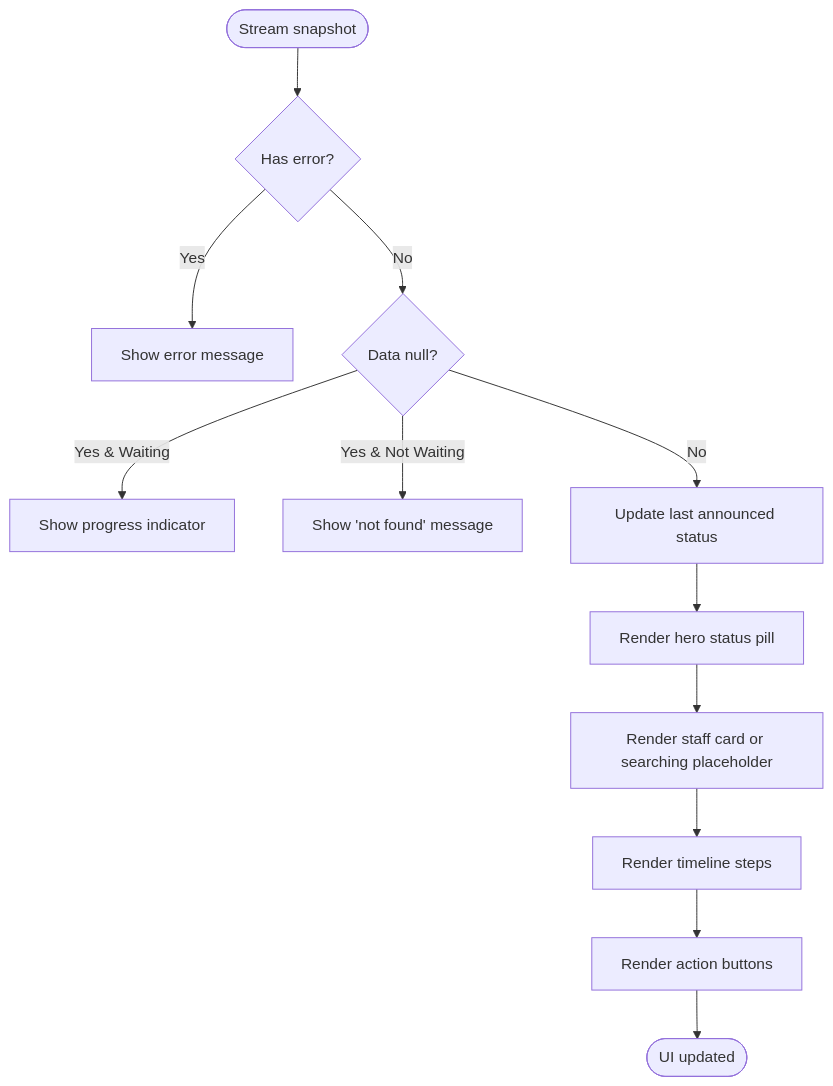
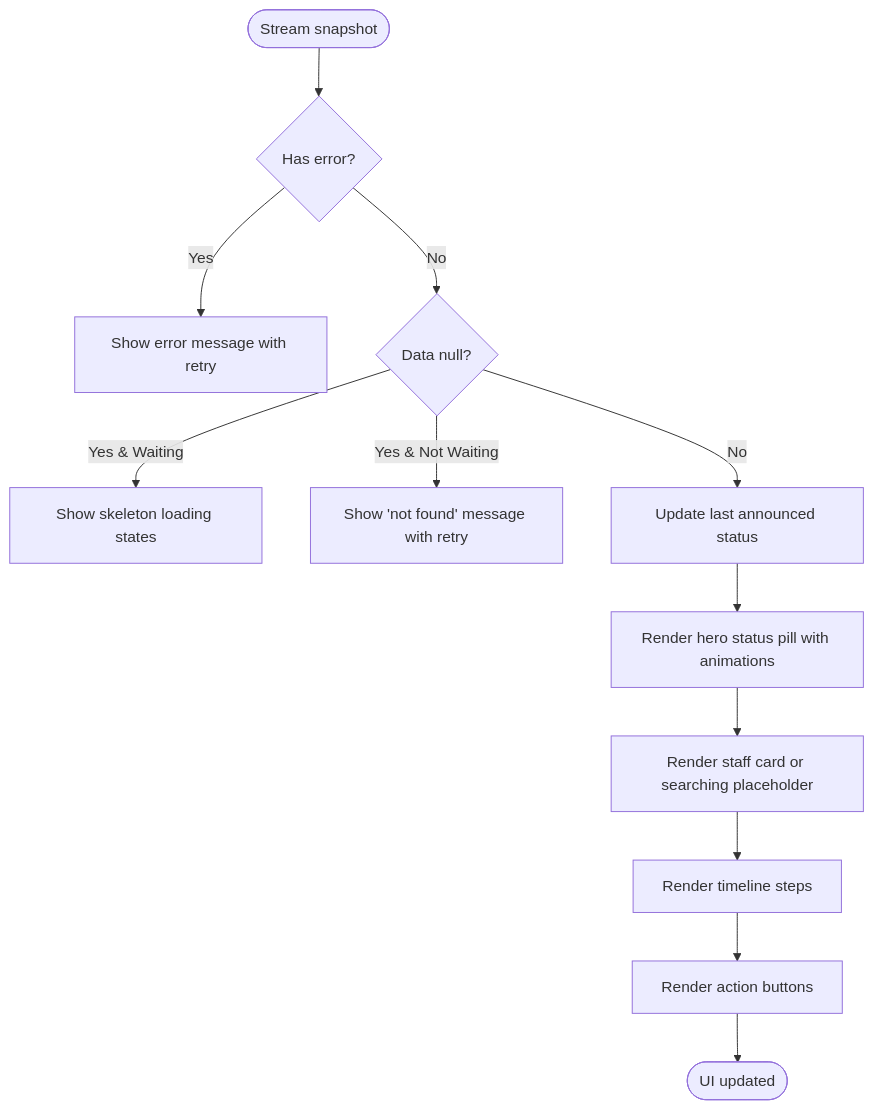
The fourth of 5 diagrams in .qoder/repowiki/en/content/Mobile Application/Passenger Interface/Passenger Interface.md (rdsarjito/whoosh-ramah), drawn with Mermaid before and after one commit. The commit also changed other lines of this file and 68 other files, not shown here.

````diff
--- a/.qoder/repowiki/en/content/Mobile Application/Passenger Interface/Passenger Interface.md
+++ b/.qoder/repowiki/en/content/Mobile Application/Passenger Interface/Passenger Interface.md
@@ -284,14 +326,14 @@
 ```mermaid
 flowchart TD
 Start(["Stream snapshot"]) --> HasError{"Has error?"}
-HasError --> |Yes| ShowError["Show error message"]
+HasError --> |Yes| ShowError["Show error message with retry"]
 HasError --> |No| DataNull{"Data null?"}
-DataNull --> |Yes & Waiting| ShowLoading["Show progress indicator"]
-DataNull --> |Yes & Not Waiting| NotFound["Show 'not found' message"]
+DataNull --> |Yes & Waiting| ShowSkeleton["Show skeleton loading states"]
+DataNull --> |Yes & Not Waiting| NotFound["Show 'not found' message with retry"]
 DataNull --> |No| UpdateStatus["Update last announced status"]
-UpdateStatus --> RenderHero["Render hero status pill"]
+UpdateStatus --> RenderHero["Render hero status pill with animations"]
 RenderHero --> RenderStaff["Render staff card or searching placeholder"]
 RenderStaff --> RenderTimeline["Render timeline steps"]
 RenderTimeline --> RenderActions["Render action buttons"]
 RenderActions --> End(["UI updated"])
 ```
````
